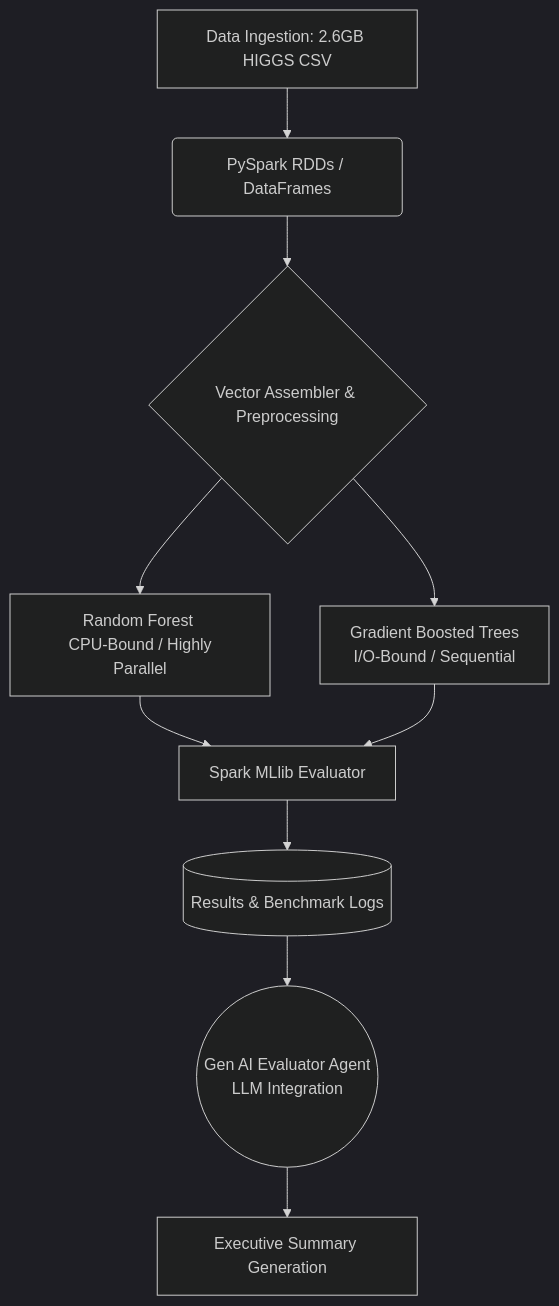
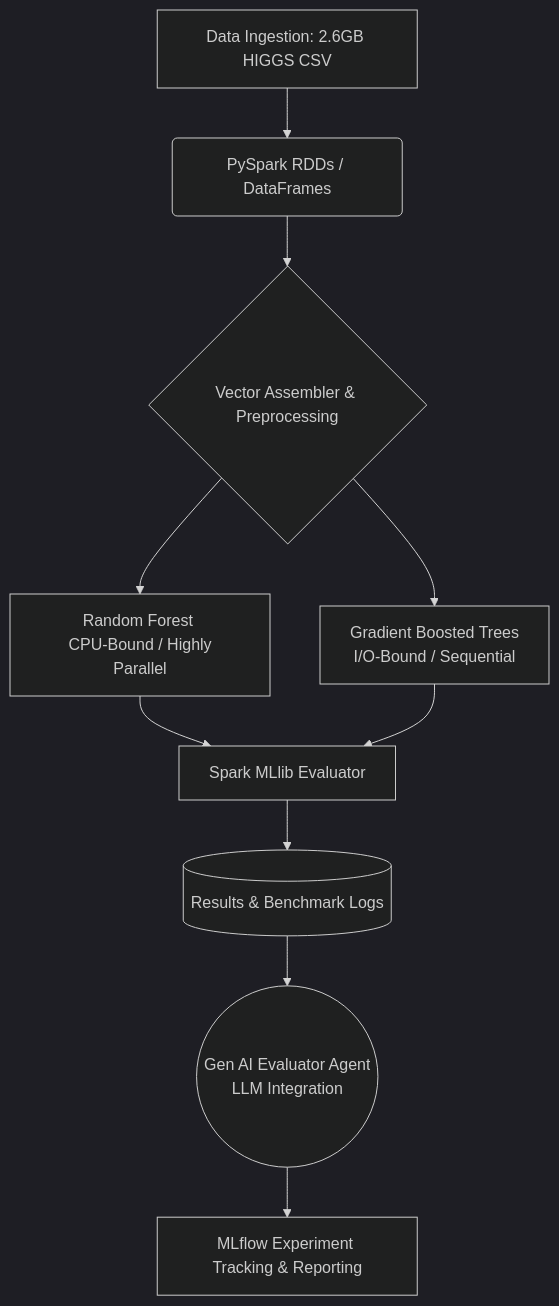
Before and after one commit to amjad-hanini/Spark-Ensemble-ML-Benchmark: the diagram in README.md, drawn with Mermaid (dark theme). The commit also changed other lines of this file, not shown here.

Commit message:
Update README with MLOps and Docker deployment architecture

````diff
--- a/README.md
+++ b/README.md
@@ -9,12 +9,12 @@
 ```mermaid
 graph TD;
     A[Data Ingestion: 2.6GB HIGGS CSV] --> B(PySpark RDDs / DataFrames);
     B --> C{Vector Assembler & Preprocessing};
     C --> D[Random Forest \n CPU-Bound / Highly Parallel];
     C --> E[Gradient Boosted Trees \n I/O-Bound / Sequential];
     D --> F[Spark MLlib Evaluator];
     E --> F;
     F --> G[(Results & Benchmark Logs)];
     G --> H((Gen AI Evaluator Agent \n LLM Integration));
-    H --> I[Executive Summary Generation];
+    H --> I[MLflow Experiment Tracking & Reporting];
 ```
````
